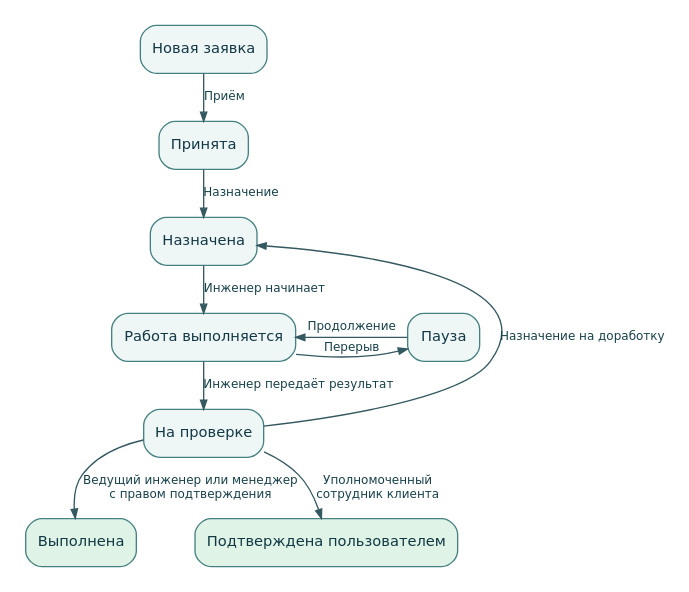
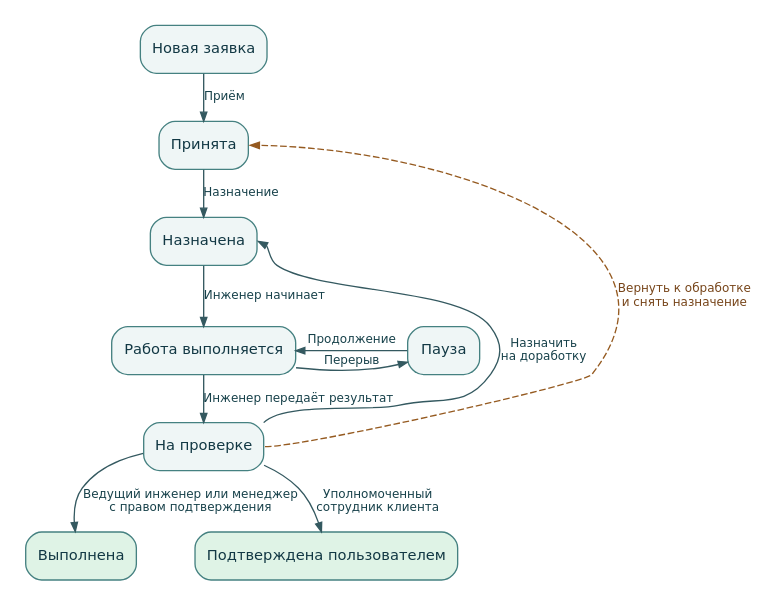
One commit to tegasae/simple_tickets changed the diagram in docs/council-documentation-1e69ee8/diagrams/user-ticket-life.dot. Above: the diagram before and after it, drawn with Graphviz. The commit also changed 8 other files, not shown here.

```diff
--- a/docs/council-documentation-1e69ee8/diagrams/user-ticket-life.dot
+++ b/docs/council-documentation-1e69ee8/diagrams/user-ticket-life.dot
@@ -1,27 +1,28 @@
 digraph schedule {
 
 graph [fontname="DejaVu Sans", rankdir=TB, nodesep=0.23, ranksep=0.36, pad=0.16, bgcolor="white"]
 node [fontname="DejaVu Sans", fontsize=11, shape=box, style="rounded,filled",
       fillcolor="#eff6f6", color="#458181", fontcolor="#123844", margin="0.11,0.075"]
 edge [fontname="DejaVu Sans", fontsize=9, color="#345960", fontcolor="#17414a", arrowsize=0.68]
 node [fontsize=11]
     start [label="Новая заявка"]
     accepted [label="Принята"]
     assigned [label="Назначена"]
     work [label="Работа выполняется"]
     paused [label="Пауза"]
     review [label="На проверке"]
     done [label="Выполнена", fillcolor="#dff3e6"]
     clientdone [label="Подтверждена пользователем", fillcolor="#dff3e6"]
     start -> accepted [label="Приём"]
     accepted -> assigned [label="Назначение"]
     assigned -> work [label="Инженер начинает"]
     work -> paused [label="Перерыв"]
     paused -> work [label="Продолжение"]
     work -> review [label="Инженер передаёт результат"]
-    review -> assigned [label="Назначение на доработку", constraint=false]
+    review -> assigned [label="Назначить\nна доработку", tailport=ne, headport=e, constraint=false]
+    review -> accepted [label="Вернуть к обработке\nи снять назначение", tailport=e, headport=e, constraint=false, style=dashed, color="#955a20", fontcolor="#77451a"]
     review -> done [label="Ведущий инженер или менеджер\nс правом подтверждения"]
     review -> clientdone [label="Уполномоченный\nсотрудник клиента"]
     {rank=same; work; paused}
     {rank=same; done; clientdone}
 }
```
